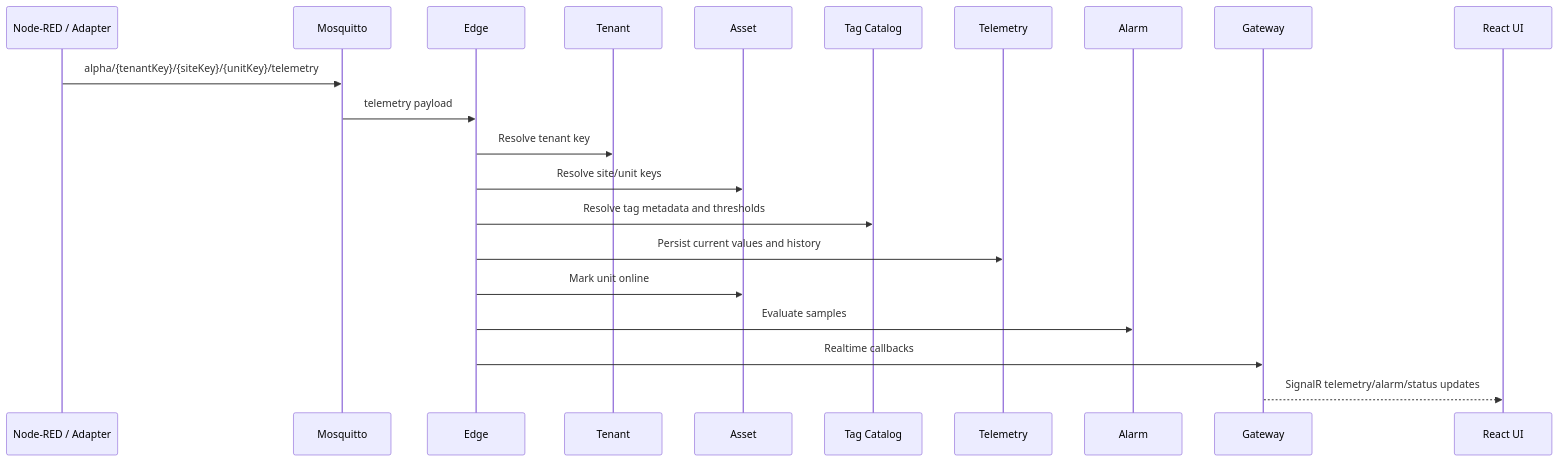
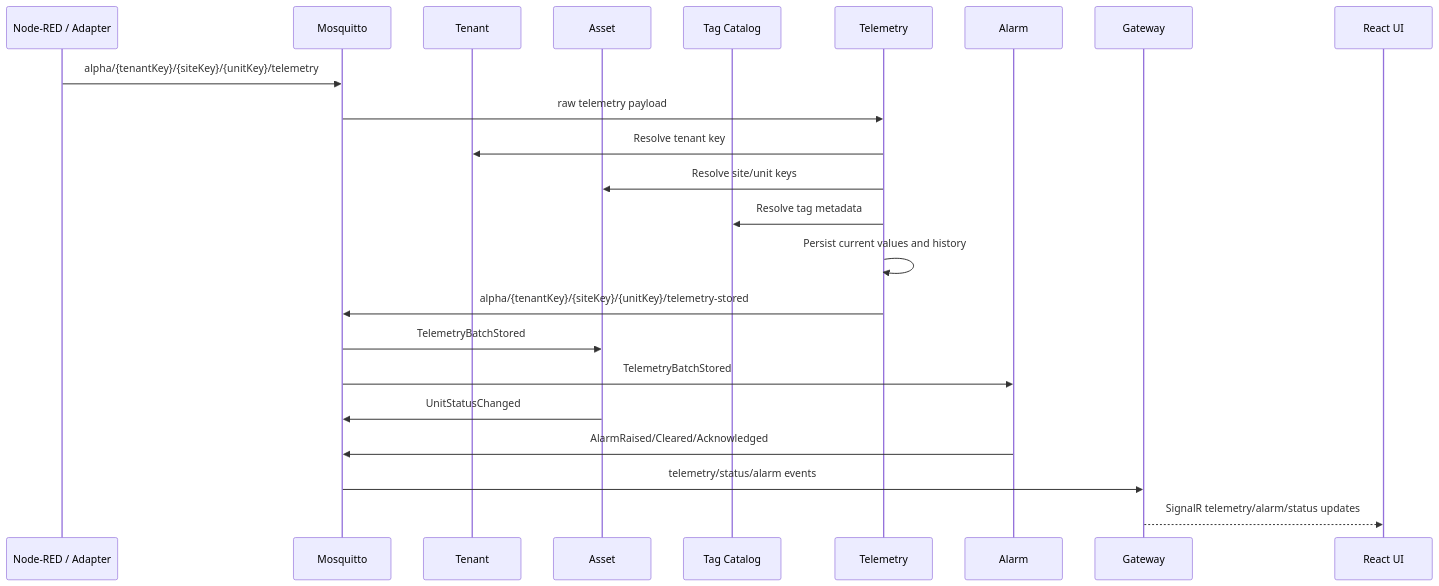
One commit to dhalavach/alpha-scada changed the third of 4 diagrams in docs/system-overview.md. Above: the diagram before and after it, drawn with Mermaid. The commit also changed other lines of this file and 26 other files, not shown here.

````diff
--- a/docs/system-overview.md
+++ b/docs/system-overview.md
@@ -151,24 +156,26 @@
 ```mermaid
 sequenceDiagram
     participant NR as Node-RED / Adapter
     participant MQTT as Mosquitto
-    participant Edge as Edge
     participant Tenant as Tenant
     participant Asset as Asset
     participant Tags as Tag Catalog
     participant Telemetry as Telemetry
     participant Alarm as Alarm
     participant GW as Gateway
     participant UI as React UI
 
     NR->>MQTT: alpha/{tenantKey}/{siteKey}/{unitKey}/telemetry
-    MQTT->>Edge: telemetry payload
-    Edge->>Tenant: Resolve tenant key
-    Edge->>Asset: Resolve site/unit keys
-    Edge->>Tags: Resolve tag metadata and thresholds
-    Edge->>Telemetry: Persist current values and history
-    Edge->>Asset: Mark unit online
-    Edge->>Alarm: Evaluate samples
-    Edge->>GW: Realtime callbacks
+    MQTT->>Telemetry: raw telemetry payload
+    Telemetry->>Tenant: Resolve tenant key
+    Telemetry->>Asset: Resolve site/unit keys
+    Telemetry->>Tags: Resolve tag metadata
+    Telemetry->>Telemetry: Persist current values and history
+    Telemetry->>MQTT: alpha/{tenantKey}/{siteKey}/{unitKey}/telemetry-stored
+    MQTT->>Asset: TelemetryBatchStored
+    MQTT->>Alarm: TelemetryBatchStored
+    Asset->>MQTT: UnitStatusChanged
+    Alarm->>MQTT: AlarmRaised/Cleared/Acknowledged
+    MQTT->>GW: telemetry/status/alarm events
     GW-->>UI: SignalR telemetry/alarm/status updates
 ```
````
